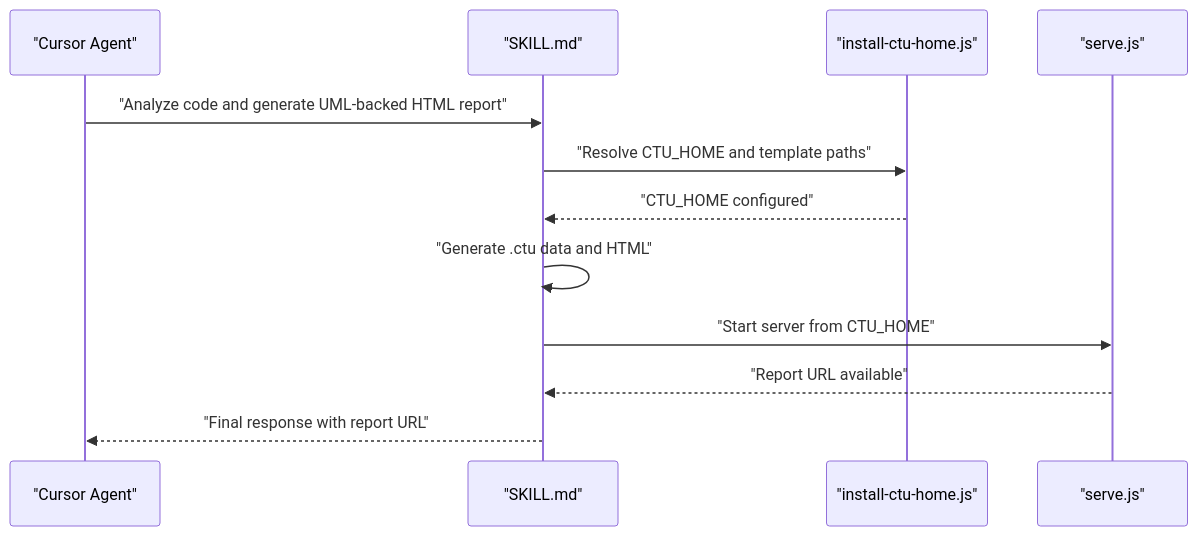
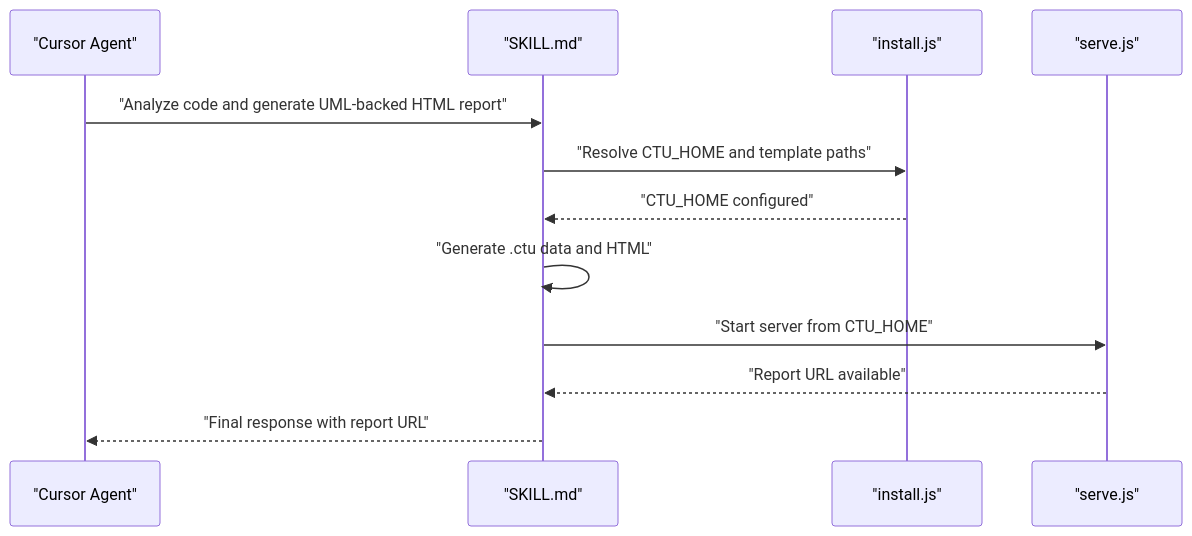
Before and after one commit to pingwurth/code-to-uml: the second of 9 diagrams in .qoder/repowiki/en/content/AI Agent Integration/Agent Setup Guides/Cursor Integration.md, drawn with Mermaid. The commit also changed other lines of this file and 26 other files, not shown here.

Commit message:
rename install-ctu-home.js install.js

````diff
--- a/.qoder/repowiki/en/content/AI Agent Integration/Agent Setup Guides/Cursor Integration.md
+++ b/.qoder/repowiki/en/content/AI Agent Integration/Agent Setup Guides/Cursor Integration.md
@@ -101,14 +101,14 @@
 ```mermaid
 sequenceDiagram
 participant Cursor as "Cursor Agent"
 participant Skill as "SKILL.md"
-participant Setup as "install-ctu-home.js"
+participant Setup as "install.js"
 participant Server as "serve.js"
 Cursor->>Skill : "Analyze code and generate UML-backed HTML report"
 Skill->>Setup : "Resolve CTU_HOME and template paths"
 Setup-->>Skill : "CTU_HOME configured"
 Skill->>Skill : "Generate .ctu data and HTML"
 Skill->>Server : "Start server from CTU_HOME"
 Server-->>Skill : "Report URL available"
 Skill-->>Cursor : "Final response with report URL"
 ```
````
